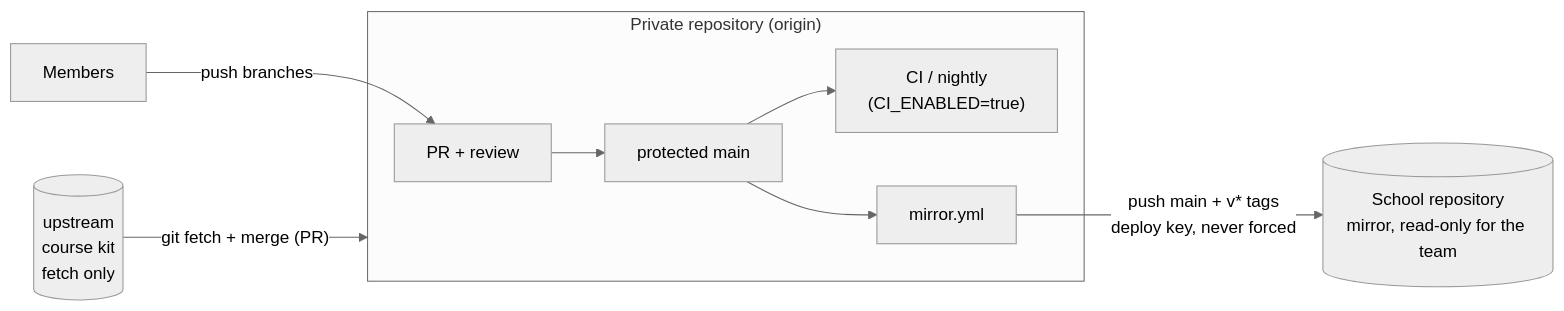
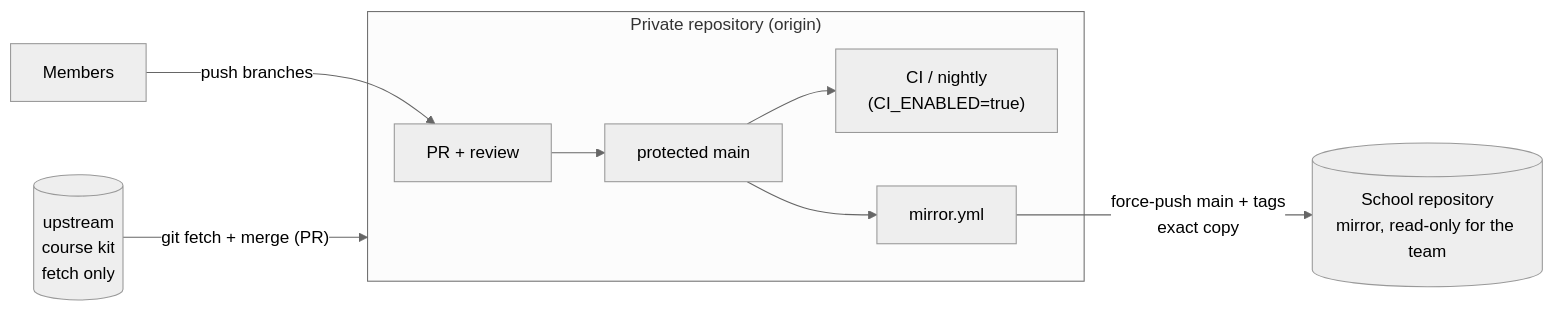
Before and after one commit to FoxaxeWasTaken/Robotics: the diagram in docs/project/16_mirroring_school_repo.md, drawn with Mermaid (neutral theme). The commit also changed other lines of this file and 4 other files, not shown here.

First line of the commit message:
ci(mirror): force-push main and the tags to the school repository

````diff
--- a/docs/project/16_mirroring_school_repo.md
+++ b/docs/project/16_mirroring_school_repo.md
@@ -11,11 +11,11 @@
 ```mermaid
 flowchart LR
   U[("upstream<br/>course kit<br/>fetch only")] -- "git fetch + merge (PR)" --> P
   subgraph P["Private repository (origin)"]
     PR["PR + review"] --> M["protected main"]
     M --> CI["CI / nightly<br/>(CI_ENABLED=true)"]
     M --> MW["mirror.yml"]
   end
-  MW -- "push main + v* tags<br/>deploy key, never forced" --> S[("School repository<br/>mirror, read-only for the team")]
+  MW -- "force-push main + tags<br/>exact copy" --> S[("School repository<br/>mirror, read-only for the team")]
   DEV["Members"] -- "push branches" --> PR
 ```
````
